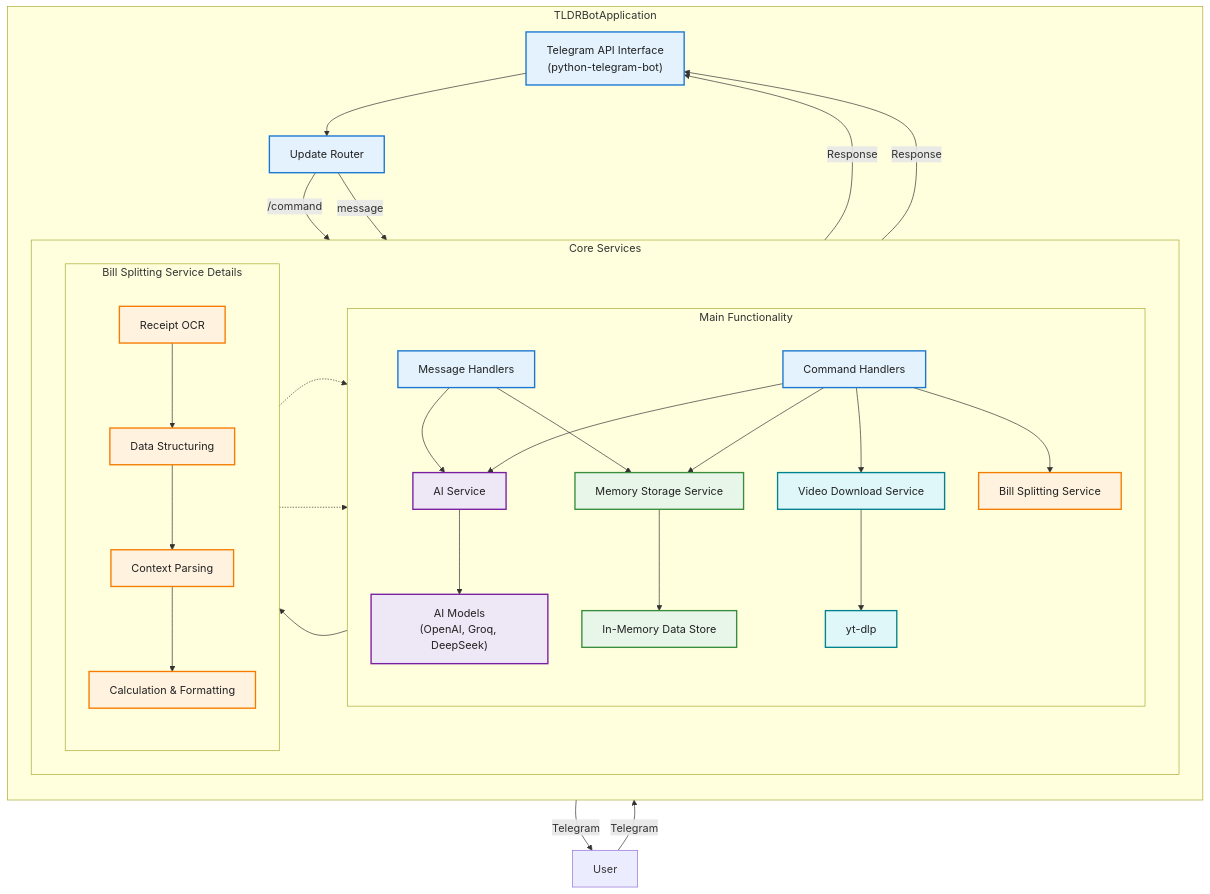
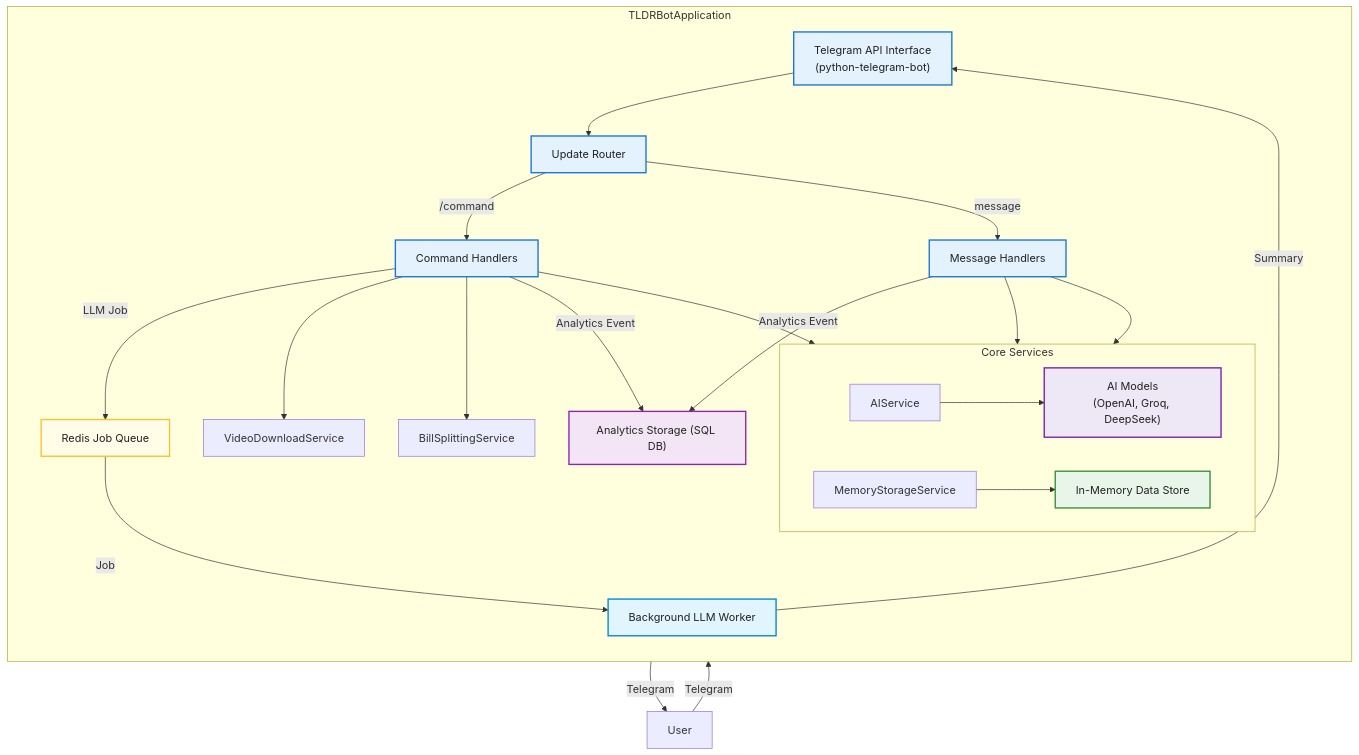
One commit to advaitbd/tldrbot changed the diagram in README.md. Above: the diagram before and after it, drawn with Mermaid. The commit also changed other lines of this file, not shown here.

````diff
--- a/README.md
+++ b/README.md
@@ -87,57 +238,42 @@
 ```mermaid
 graph TD
     User["User"] -- Telegram --> TLDRBotApplication["TLDRBot"]
 
     subgraph TLDRBotApplication
         direction TB
         TelegramInterface["Telegram API Interface\n(python-telegram-bot)"]:::main
 
         TelegramInterface --> RequestRouter["Update Router"]:::main
 
         RequestRouter -- "/command" --> CommandHandlers["Command Handlers"]:::main
+        CommandHandlers -- "LLM Job" --> RedisQueue["Redis Job Queue"]:::queue
+        RedisQueue -- "Job" --> LLMWorker["Background LLM Worker"]:::worker
+        LLMWorker -- "Summary" --> TelegramInterface
+
         RequestRouter -- "message" --> MessageHandlers["Message Handlers"]:::main
+        MessageHandlers --> AIService
+        MessageHandlers --> MemoryStorageService
 
         subgraph Services["Core Services"]
             direction LR
-            
-            subgraph MainServices["Main Functionality"]
-                direction TB
-                CommandHandlers --> AIService["AI Service"]:::ai
-                CommandHandlers --> MemoryStorageService["Memory Storage Service"]:::storage
-                CommandHandlers --> VideoDownloadService["Video Download Service"]:::video
-                CommandHandlers --> BillSplittingService["Bill Splitting Service"]:::bill
-
-                MessageHandlers --> AIService
-                MessageHandlers --> MemoryStorageService
-
-                AIService --> AIModels["AI Models\n(OpenAI, Groq, DeepSeek)"]:::ai
-                MemoryStorageService --> InMemoryDataStore["In-Memory Data Store"]:::storage
-                VideoDownloadService --> YTDLP["yt-dlp"]:::video
-            end
-
-            subgraph BillSplittingDetail["Bill Splitting Service Details"]
-                direction TB
-                BillSplittingService   --> BSS_OCR["Receipt OCR"]:::bill
-                BSS_OCR                --> BSS_DataStruct["Data Structuring"]:::bill
-                BSS_DataStruct         --> BSS_ContextParse["Context Parsing"]:::bill
-                BSS_ContextParse       --> BSS_CalcFormat["Calculation & Formatting"]:::bill
-                
-                %% Connections from Bill Splitting steps to shared AI Service
-                BSS_DataStruct       -.-> AIService
-                BSS_ContextParse     -.-> AIService
-            end
+            AIService --> AIModels["AI Models\n(OpenAI, Groq, DeepSeek)"]:::ai
+            MemoryStorageService --> InMemoryDataStore["In-Memory Data Store"]:::storage
         end
 
-        CommandHandlers -- Response --> TelegramInterface
-        MessageHandlers -- Response --> TelegramInterface
+        CommandHandlers --> MemoryStorageService
+        CommandHandlers --> VideoDownloadService
+        CommandHandlers --> BillSplittingService
+        CommandHandlers -- "Analytics Event" --> AnalyticsDB["Analytics Storage (SQL DB)"]:::analytics
+        MessageHandlers -- "Analytics Event" --> AnalyticsDB
     end
 
     TelegramInterface -- Telegram --> User
 
     %% Color Classes
     classDef main fill:#e3f2fd,stroke:#1976d2,stroke-width:2px,color:#222;
     classDef ai fill:#ede7f6,stroke:#7b1fa2,stroke-width:2px,color:#222;
-    classDef bill fill:#fff3e0,stroke:#f57c00,stroke-width:2px,color:#222;
+    classDef queue fill:#fffde7,stroke:#fbc02d,stroke-width:2px,color:#222;
+    classDef worker fill:#e1f5fe,stroke:#0288d1,stroke-width:2px,color:#222;
     classDef storage fill:#e8f5e9,stroke:#388e3c,stroke-width:2px,color:#222;
-    classDef video fill:#e0f7fa,stroke:#00838f,stroke-width:2px,color:#222;
+    classDef analytics fill:#f3e5f5,stroke:#8e24aa,stroke-width:2px,color:#222;
 ```
````
